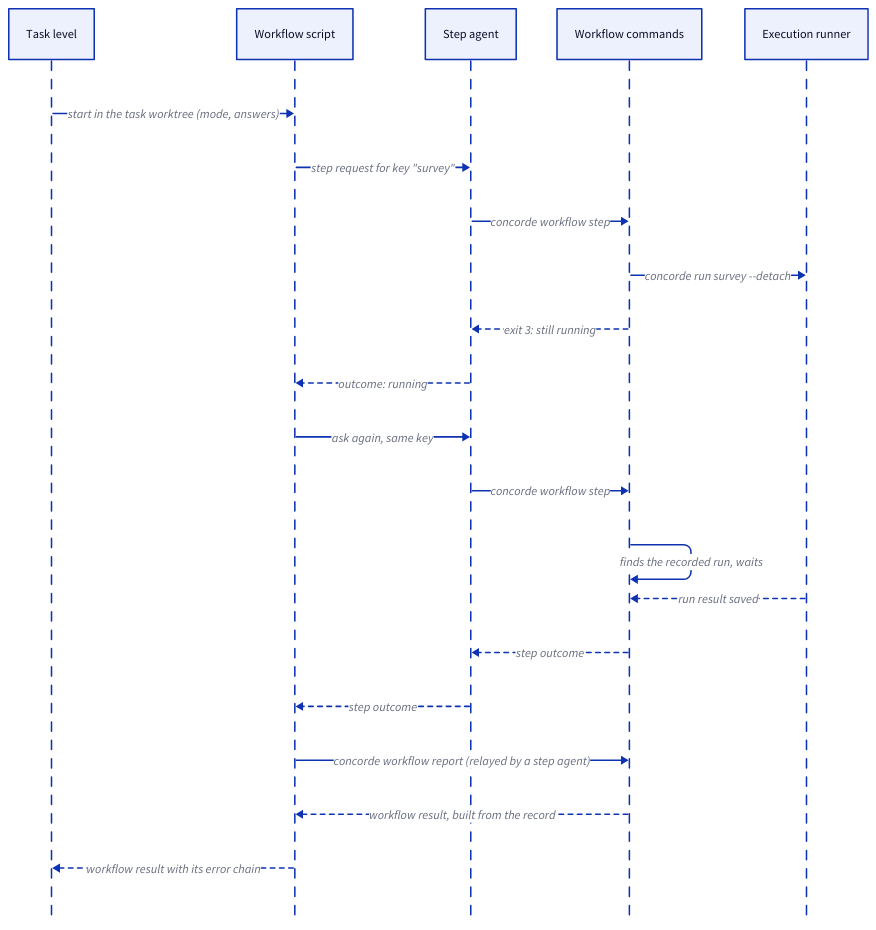
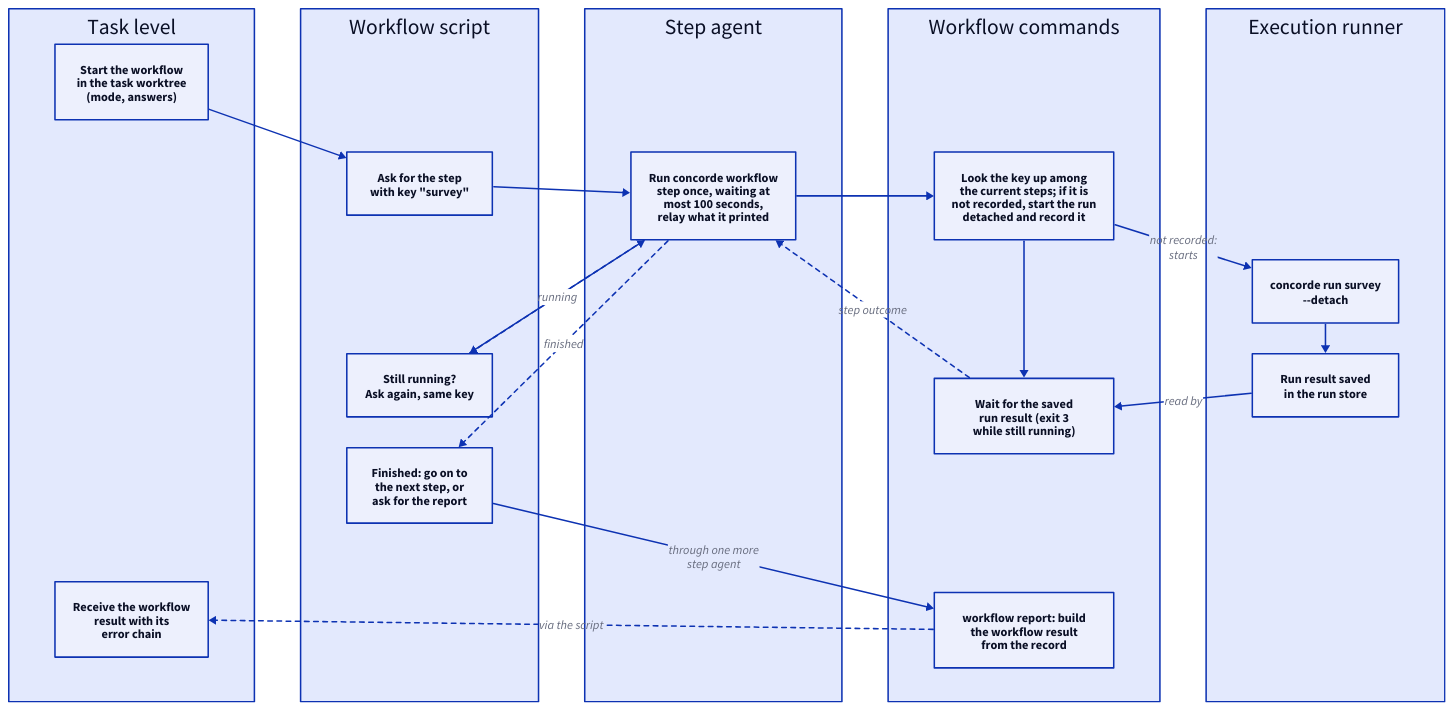
One commit to FTOD/concorde changed the third of 5 diagrams in specs/concorde/execution/workflows/module.md. Above: the diagram before and after it, drawn with D2. The commit also changed other lines of this file, not shown here.

````diff
--- a/specs/concorde/execution/workflows/module.md
+++ b/specs/concorde/execution/workflows/module.md
@@ -442,23 +244,67 @@
 ```d2 illustrative
-shape: sequence_diagram
-t: Task level
-s: Workflow script
-a: Step agent
-c: Workflow commands
-h: Execution runner
-t -> s: start in the task worktree (mode, answers)
-s -> a: step request for key "survey"
-a -> c: concorde workflow step
-c -> h: concorde run survey --detach
-c -> a: exit 3: still running {style.stroke-dash: 3}
-a -> s: outcome: running {style.stroke-dash: 3}
-s -> a: ask again, same key
-a -> c: concorde workflow step
-c -> c: finds the recorded run, waits
-h -> c: run result saved {style.stroke-dash: 3}
-c -> a: step outcome {style.stroke-dash: 3}
-a -> s: step outcome {style.stroke-dash: 3}
-s -> c: concorde workflow report (relayed by a step agent)
-c -> s: workflow result, built from the record {style.stroke-dash: 3}
-s -> t: workflow result with its error chain {style.stroke-dash: 3}
+grid-columns: 5
+horizontal-gap: 60
+task: "Task level" {
+  grid-columns: 1
+  vertical-gap: 40
+  start: "Start the workflow\nin the task worktree\n(mode, answers)"
+  g1: "" {style.opacity: 0}
+  g2: "" {style.opacity: 0}
+  g3: "" {style.opacity: 0}
+  g4: "" {style.opacity: 0}
+  receive: "Receive the workflow\nresult with its\nerror chain"
+}
+script: "Workflow script" {
+  grid-columns: 1
+  vertical-gap: 40
+  g0: "" {style.opacity: 0}
+  request: "Ask for the step\nwith key \"survey\""
+  g1: "" {style.opacity: 0}
+  again: "Still running?\nAsk again, same key"
+  next: "Finished: go on to\nthe next step, or\nask for the report"
+  g2: "" {style.opacity: 0}
+}
+agent: "Step agent" {
+  grid-columns: 1
+  vertical-gap: 40
+  g0: "" {style.opacity: 0}
+  relay: "Run concorde workflow\nstep once, waiting at\nmost 100 seconds,\nrelay what it printed"
+  g1: "" {style.opacity: 0}
+  g2: "" {style.opacity: 0}
+  g3: "" {style.opacity: 0}
+  g4: "" {style.opacity: 0}
+}
+commands: "Workflow commands" {
+  grid-columns: 1
+  vertical-gap: 40
+  g0: "" {style.opacity: 0}
+  lookup: "Look the key up among\nthe current steps; if it is\nnot recorded, start the run\ndetached and record it"
+  g1: "" {style.opacity: 0}
+  wait: "Wait for the saved\nrun result (exit 3\nwhile still running)"
+  g2: "" {style.opacity: 0}
+  report: "workflow report: build\nthe workflow result\nfrom the record"
+}
+runner: "Execution runner" {
+  grid-columns: 1
+  vertical-gap: 40
+  g0: "" {style.opacity: 0}
+  g1: "" {style.opacity: 0}
+  run: "concorde run survey\n--detach"
+  saved: "Run result saved\nin the run store"
+  g2: "" {style.opacity: 0}
+  g3: "" {style.opacity: 0}
+}
+task.start -> script.request
+script.request -> agent.relay
+agent.relay -> commands.lookup
+commands.lookup -> commands.wait
+commands.lookup -> runner.run: "not recorded:\nstarts"
+runner.run -> runner.saved
+runner.saved -> commands.wait: "read by"
+commands.wait -> agent.relay: "step outcome" {style.stroke-dash: 3}
+agent.relay -> script.again: "running" {style.stroke-dash: 3}
+agent.relay -> script.next: "finished" {style.stroke-dash: 3}
+script.again -> agent.relay
+script.next -> commands.report: "through one more\nstep agent"
+commands.report -> task.receive: "via the script" {style.stroke-dash: 3}
 ```
````
